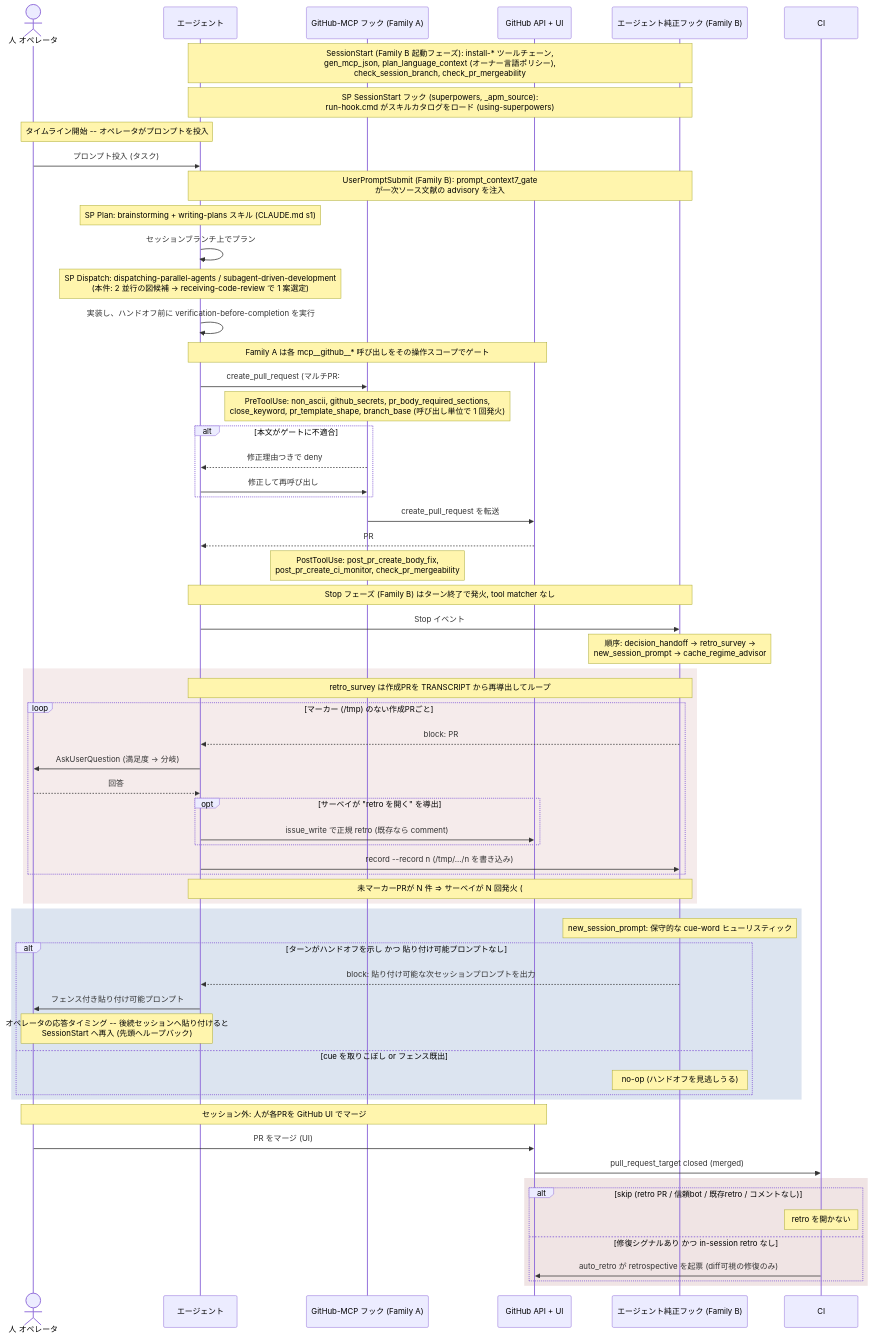
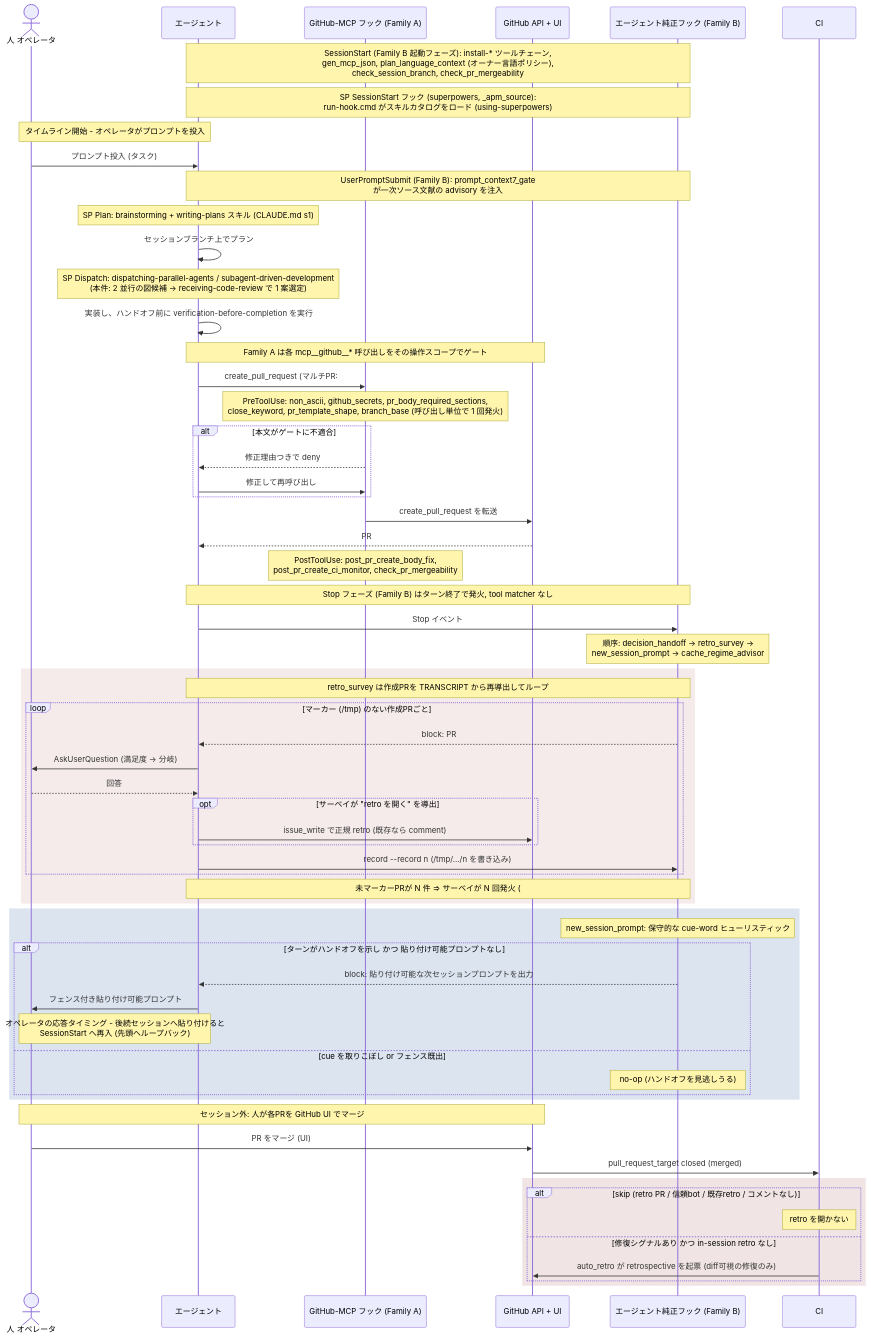
One commit to tvna/claude-md changed the diagram in docs/uml/survey-followup-timing.sequence.ja.md. Above: the diagram before and after it, drawn with Mermaid. The commit also changed other lines of this file and 326 other files, not shown here.

````diff
--- a/docs/uml/survey-followup-timing.sequence.ja.md
+++ b/docs/uml/survey-followup-timing.sequence.ja.md
@@ -73,70 +73,70 @@
 ```mermaid
 sequenceDiagram
     actor Human as 人 オペレータ
     participant Agent as エージェント
     participant MGate as GitHub-MCP フック (Family A)
     participant GH as GitHub API + UI
     participant Stop as エージェント純正フック (Family B)
     participant CI
 
     Note over Agent,Stop: SessionStart (Family B 起動フェーズ): install-* ツールチェーン,<br/>gen_mcp_json, plan_language_context (オーナー言語ポリシー),<br/>check_session_branch, check_pr_mergeability
     Note over Agent,Stop: SP SessionStart フック (superpowers, _apm_source):<br/>run-hook.cmd がスキルカタログをロード (using-superpowers)
-    Note over Human,Agent: タイムライン開始 -- オペレータがプロンプトを投入
+    Note over Human,Agent: タイムライン開始 - オペレータがプロンプトを投入
     Human->>Agent: プロンプト投入 (タスク)
     Note over Agent,Stop: UserPromptSubmit (Family B): prompt_context7_gate<br/>が一次ソース文献の advisory を注入
     Note over Agent: SP Plan: brainstorming + writing-plans スキル (CLAUDE.md s1)
     Agent->>Agent: セッションブランチ上でプラン
     Note over Agent: SP Dispatch: dispatching-parallel-agents / subagent-driven-development<br/>(本件: 2 並行の図候補 -> receiving-code-review で 1 案選定)
     Agent->>Agent: 実装し、ハンドオフ前に verification-before-completion を実行
 
     Note over Agent,GH: Family A は各 mcp__github__* 呼び出しをその操作スコープでゲート
     Agent->>MGate: create_pull_request (マルチPR: #1582 / #1584 / #1589)
     Note over MGate: PreToolUse: non_ascii, github_secrets, pr_body_required_sections,<br/>close_keyword, pr_template_shape, branch_base (呼び出し単位で 1 回発火)
     alt 本文がゲートに不適合
         MGate-->>Agent: 修正理由つきで deny
         Agent->>MGate: 修正して再呼び出し
     end
     MGate->>GH: create_pull_request を転送
     GH-->>Agent: PR #n 作成 (/pull/n)
     Note over MGate: PostToolUse: post_pr_create_body_fix,<br/>post_pr_create_ci_monitor, check_pr_mergeability
 
     Note over Agent,Stop: Stop フェーズ (Family B) はターン終了で発火, tool matcher なし
     Agent->>Stop: Stop イベント
     Note over Stop: 順序: decision_handoff -> retro_survey -><br/>new_session_prompt -> cache_regime_advisor
 
     rect rgb(245,235,235)
     Note over Stop,Agent: retro_survey は作成PRを TRANSCRIPT から再導出してループ
     loop マーカー (/tmp) のない作成PRごと
         Stop-->>Agent: block: PR #n の満足度優先サーベイを実行
         Agent->>Human: AskUserQuestion (満足度 -> 分岐)
         Human-->>Agent: 回答
         opt サーベイが "retro を開く" を導出
             Agent->>GH: issue_write で正規 retro (既存なら comment)
         end
         Agent->>Stop: record --record n (/tmp/.../n を書き込み)
     end
     Note over Stop,Agent: 未マーカーPRが N 件 => サーベイが N 回発火 (#1594)
     end
 
     rect rgb(220,228,240)
     Note over Stop: new_session_prompt: 保守的な cue-word ヒューリスティック
     alt ターンがハンドオフを示し かつ 貼り付け可能プロンプトなし
         Stop-->>Agent: block: 貼り付け可能な次セッションプロンプトを出力
         Agent->>Human: フェンス付き貼り付け可能プロンプト
-        Note over Human,Agent: オペレータの応答タイミング -- 後続セッションへ貼り付けると<br/>SessionStart へ再入 (先頭へループバック)
+        Note over Human,Agent: オペレータの応答タイミング - 後続セッションへ貼り付けると<br/>SessionStart へ再入 (先頭へループバック)
     else cue を取りこぼし or フェンス既出
         Note over Stop: no-op (ハンドオフを見逃しうる)
     end
     end
 
     Note over Human,GH: セッション外: 人が各PRを GitHub UI でマージ
     Human->>GH: PR をマージ (UI)
     GH->>CI: pull_request_target closed (merged)
     rect rgb(240,228,228)
     alt skip (retro PR / 信頼bot / 既存retro / コメントなし)
         Note over CI: retro を開かない
     else 修復シグナルあり かつ in-session retro なし
         CI->>GH: auto_retro が retrospective を起票 (diff可視の修復のみ)
     end
     end
 ```
````
